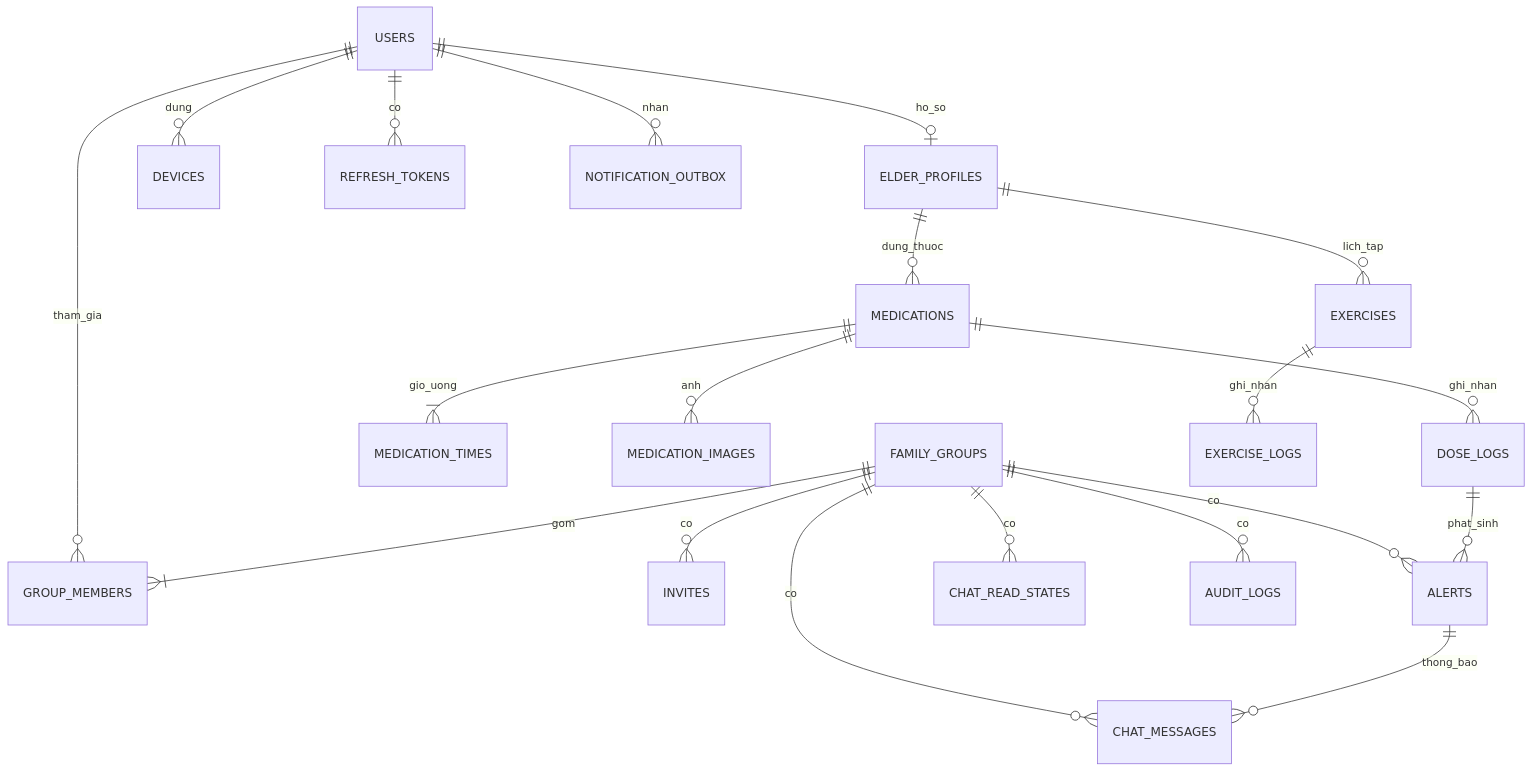
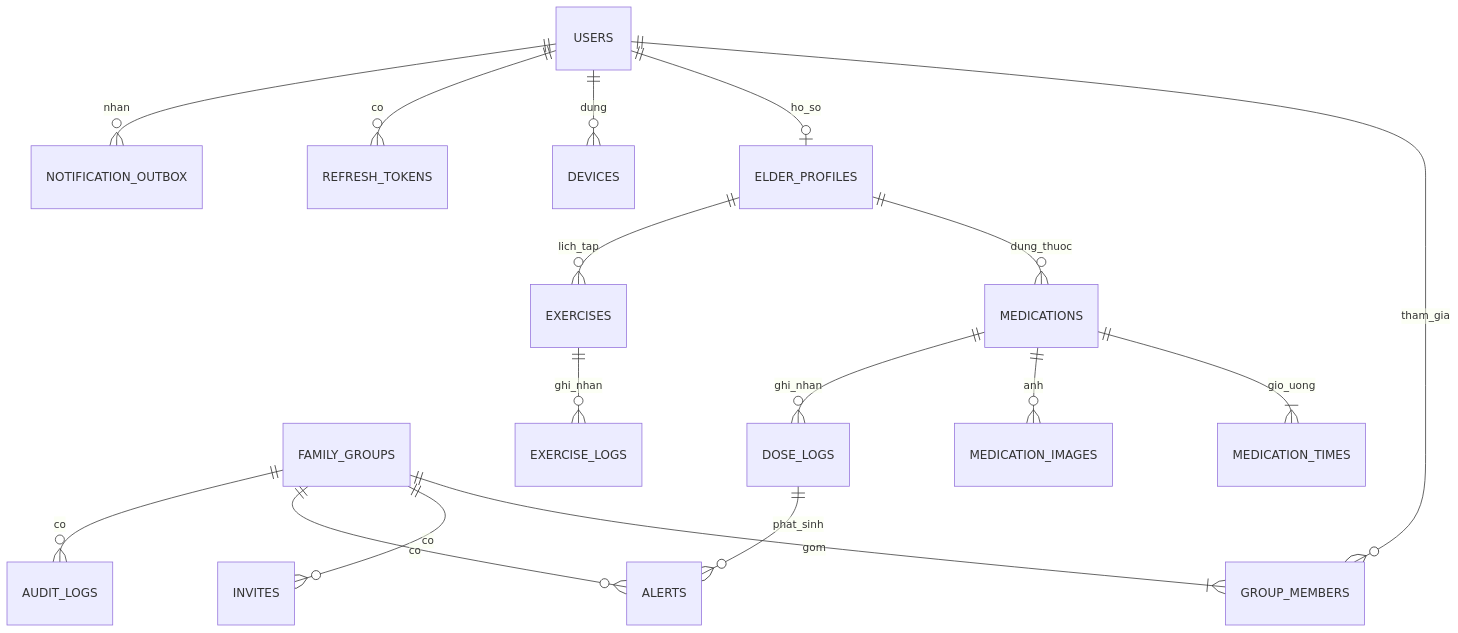
Before and after one commit to tien15092005/an-tam: the third of 4 diagrams in docs/report/BAO_CAO.md, drawn with Mermaid. The commit also changed other lines of this file and 80 other files, not shown here.

````diff
--- a/docs/report/BAO_CAO.md
+++ b/docs/report/BAO_CAO.md
@@ -117,22 +112,19 @@
 ```mermaid
 erDiagram
   USERS ||--o{ GROUP_MEMBERS : tham_gia
   FAMILY_GROUPS ||--|{ GROUP_MEMBERS : gom
   USERS ||--o| ELDER_PROFILES : ho_so
   FAMILY_GROUPS ||--o{ INVITES : co
   USERS ||--o{ DEVICES : dung
   USERS ||--o{ REFRESH_TOKENS : co
   ELDER_PROFILES ||--o{ MEDICATIONS : dung_thuoc
   MEDICATIONS ||--|{ MEDICATION_TIMES : gio_uong
   MEDICATIONS ||--o{ MEDICATION_IMAGES : anh
   MEDICATIONS ||--o{ DOSE_LOGS : ghi_nhan
   ELDER_PROFILES ||--o{ EXERCISES : lich_tap
   EXERCISES ||--o{ EXERCISE_LOGS : ghi_nhan
   FAMILY_GROUPS ||--o{ ALERTS : co
   DOSE_LOGS ||--o{ ALERTS : phat_sinh
-  FAMILY_GROUPS ||--o{ CHAT_MESSAGES : co
-  ALERTS ||--o{ CHAT_MESSAGES : thong_bao
-  FAMILY_GROUPS ||--o{ CHAT_READ_STATES : co
   FAMILY_GROUPS ||--o{ AUDIT_LOGS : co
   USERS ||--o{ NOTIFICATION_OUTBOX : nhan
 ```
````
